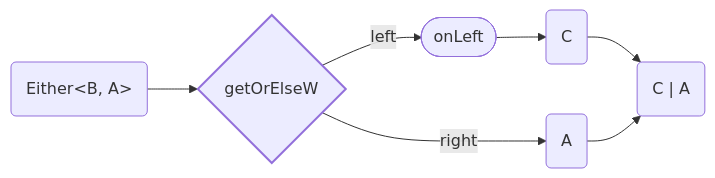
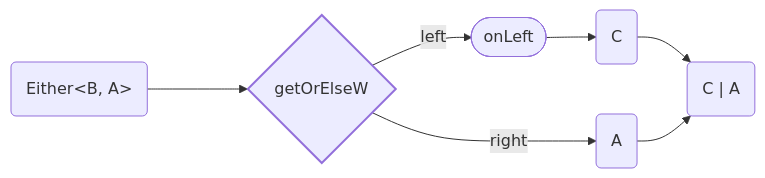
The ninth of 9 diagrams in Either.md (adamjosefus/fp-ts-examples), drawn with Mermaid before and after one commit. The commit also changed other lines of this file, not shown here.

````diff
--- a/Either.md
+++ b/Either.md
@@ -372,18 +461,18 @@
 ```mermaid
 flowchart LR
     style getOrElseW stroke-width: 2px
 
     input("Either<<span>B, A</span>>")
     getOrElseW{ getOrElseW }
     onLeft([ onLeft ])
     leftOutput( C )
     rightOutput( A )
     output("C | A")
 
-    input --> getOrElseW
+    input ---> getOrElseW
     getOrElseW --> | left | onLeft
     getOrElseW --> | right | rightOutput
     onLeft --> leftOutput
     leftOutput --> output
     rightOutput --> output
 ```
````
